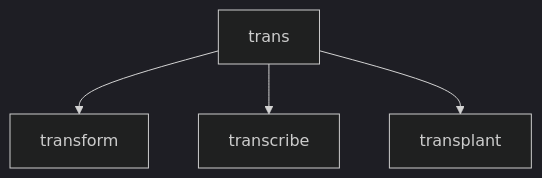
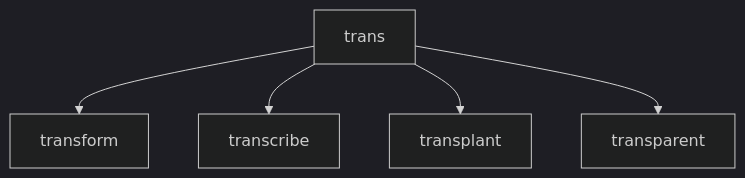
Diagram 33 of 45 in prefixes_suffixes.md (pleabargain/EnglishHelpsYourCareer), drawn with Mermaid (dark theme) before and after one commit. The commit also changed other lines of this file and 1 other file, not shown here.

````diff
--- a/prefixes_suffixes.md
+++ b/prefixes_suffixes.md
@@ -374,4 +375,7 @@
 ```mermaid
 graph TD;
-trans --> transform;trans -->  transcribe;trans -->  transplant;
+trans --> transform;
+trans -->  transcribe;
+trans -->  transplant;
+trans --> transparent;
 ```
````
